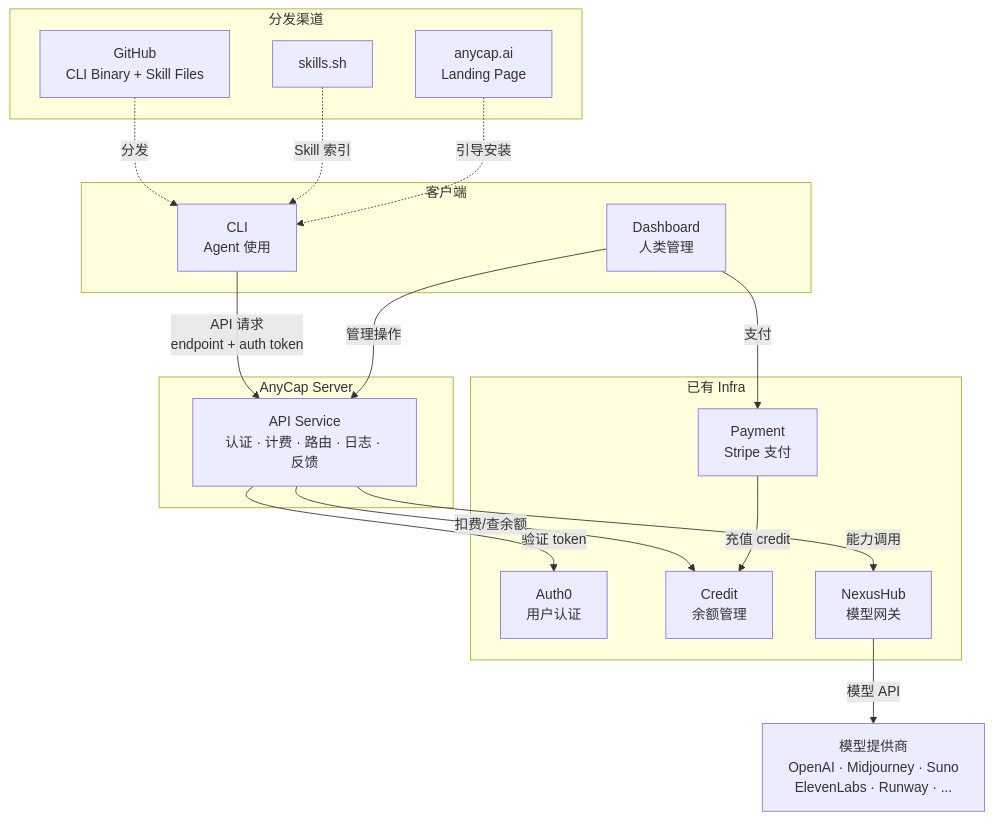
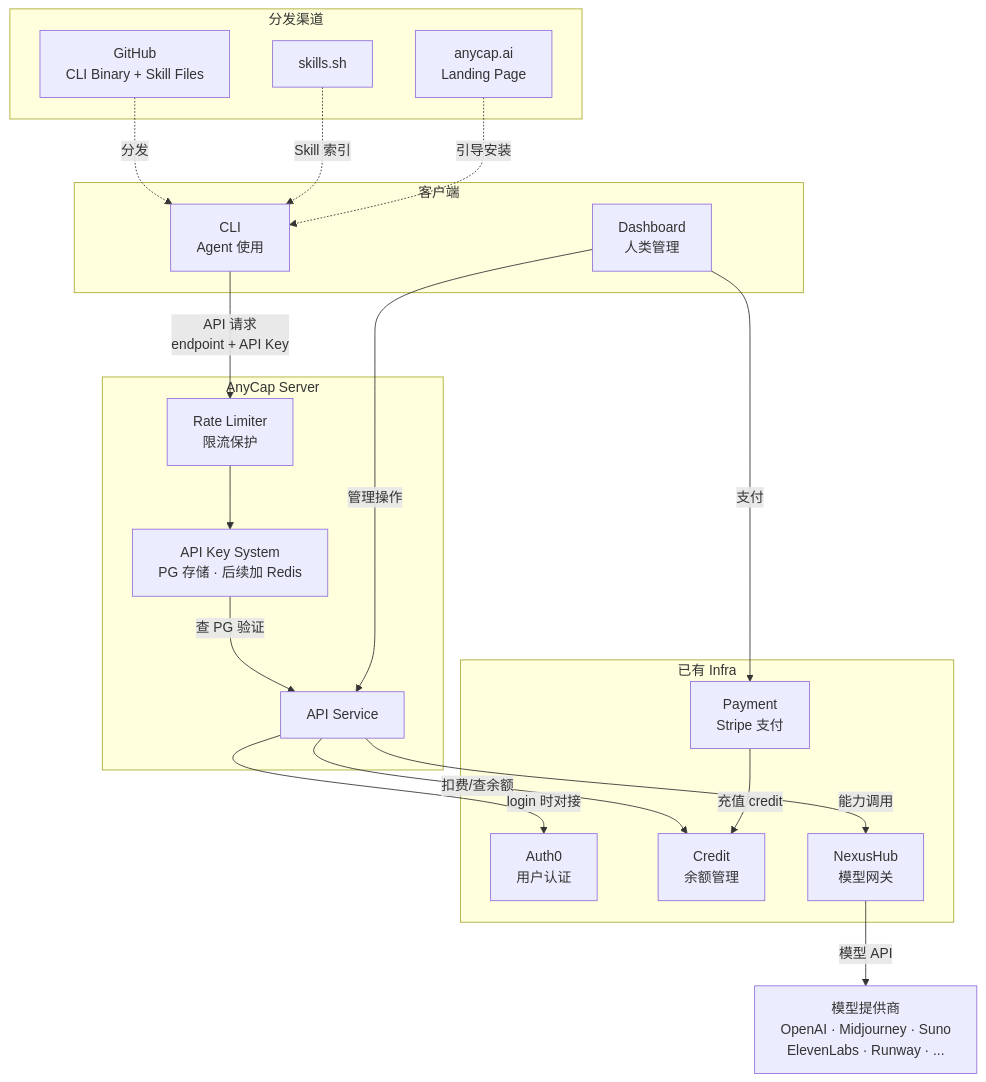
One commit to anycap-ai/anycap changed the first of 6 diagrams in docs/system-architecture.md. Above: the diagram before and after it, drawn with Mermaid. The commit also changed other lines of this file and 1 other file, not shown here.

````diff
--- a/docs/system-architecture.md
+++ b/docs/system-architecture.md
@@ -5,40 +5,44 @@
 ```mermaid
 graph TB
     subgraph Distribution["分发渠道"]
         GH["GitHub<br/>CLI Binary + Skill Files"]
         SS["skills.sh"]
         AW["anycap.ai<br/>Landing Page"]
     end
 
     subgraph Clients["客户端"]
         CLI["CLI<br/>Agent 使用"]
         DASH["Dashboard<br/>人类管理"]
     end
 
     subgraph Core["AnyCap Server"]
-        API["API Service<br/>认证 · 计费 · 路由 · 日志 · 反馈"]
+        API["API Service"]
+        APIKEY["API Key System<br/>PG 存储 · 后续加 Redis"]
+        RL["Rate Limiter<br/>限流保护"]
     end
 
     subgraph Infra["已有 Infra"]
         AUTH["Auth0<br/>用户认证"]
         CREDIT["Credit<br/>余额管理"]
         PAY["Payment<br/>Stripe 支付"]
         NH["NexusHub<br/>模型网关"]
     end
 
     PROV["模型提供商<br/>OpenAI · Midjourney · Suno<br/>ElevenLabs · Runway · ..."]
 
     GH -.->|分发| CLI
     SS -.->|Skill 索引| CLI
     AW -.->|引导安装| CLI
 
-    CLI -->|"API 请求<br/>endpoint + auth token"| API
+    CLI -->|"API 请求<br/>endpoint + API Key"| RL
+    RL --> APIKEY
+    APIKEY -->|查 PG 验证| API
     DASH -->|管理操作| API
 
-    API -->|验证 token| AUTH
+    API -->|"login 时对接"| AUTH
     API -->|扣费/查余额| CREDIT
     API -->|能力调用| NH
     DASH -->|支付| PAY
     PAY -->|充值 credit| CREDIT
     NH -->|模型 API| PROV
 ```
````
